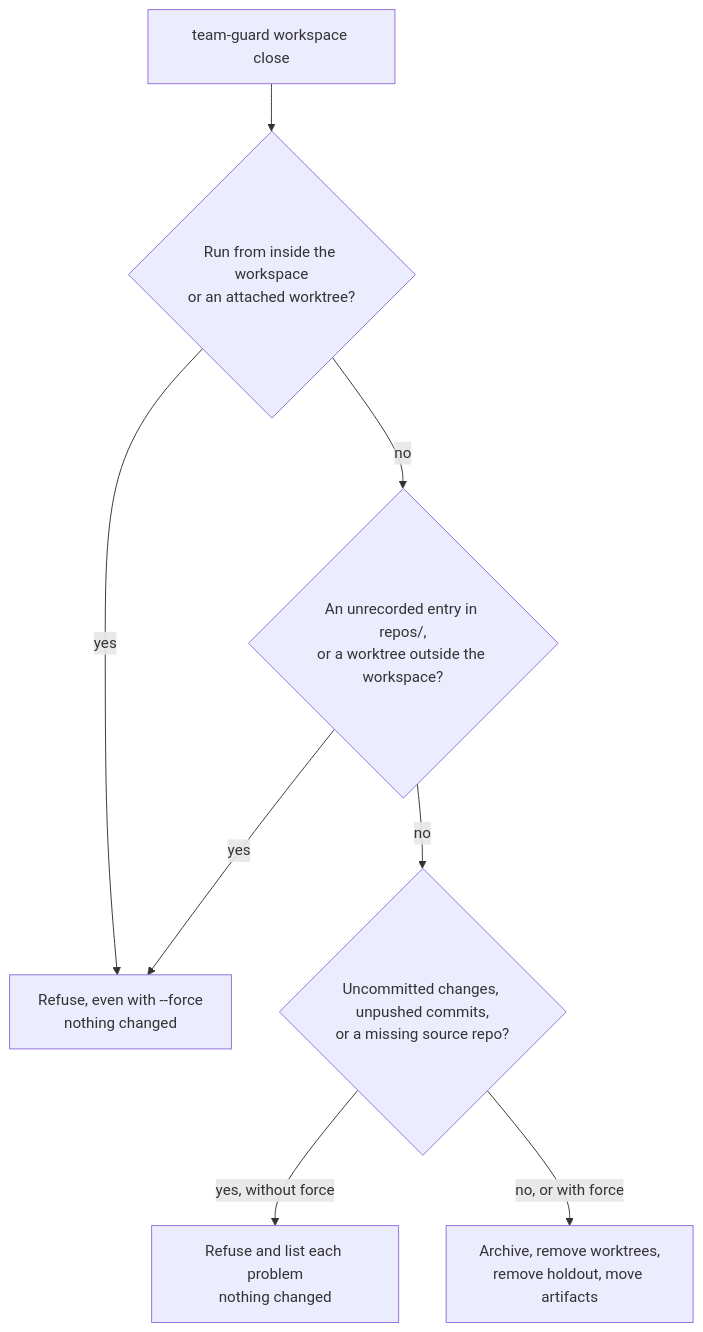
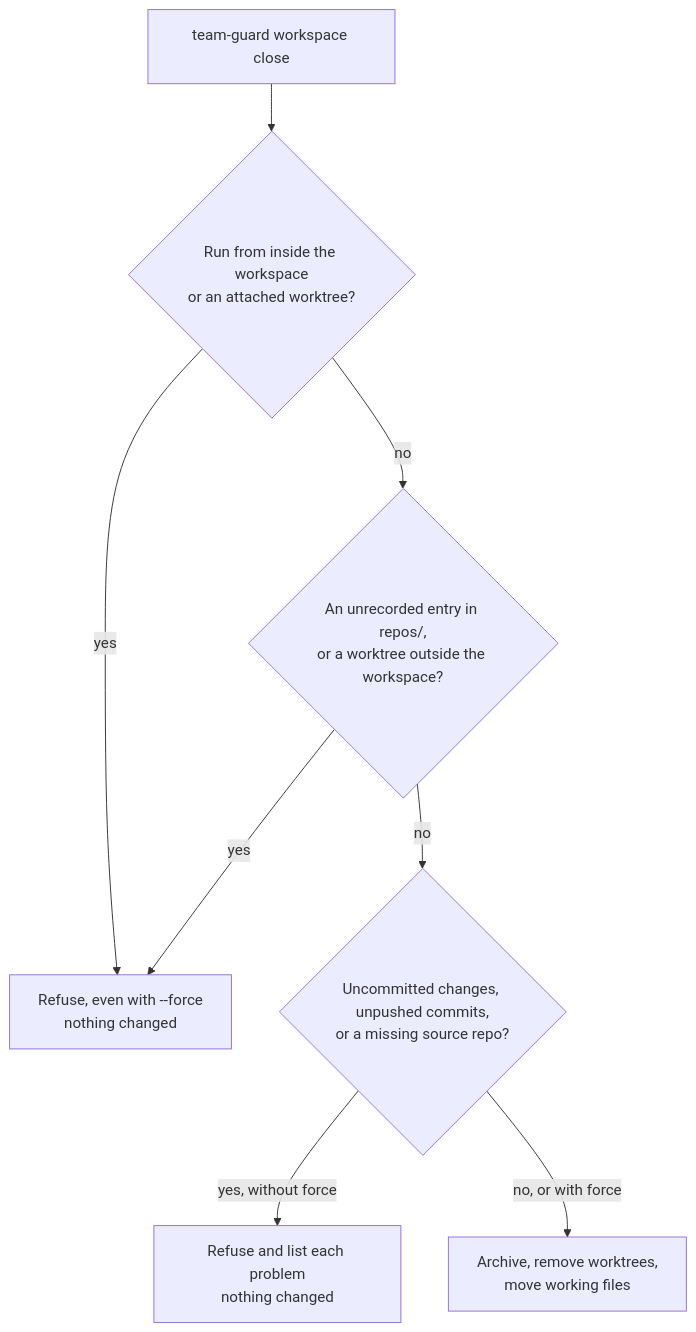
Before and after one commit to inf0rmer/agentic-workflow: the diagram in docs/workspaces.md, drawn with Mermaid. The commit also changed other lines of this file and 168 other files, not shown here.

````diff
--- a/docs/workspaces.md
+++ b/docs/workspaces.md
@@ -148,10 +114,10 @@
 ```mermaid
 flowchart TD
     S["team-guard workspace close"] --> A{"Run from inside the workspace<br/>or an attached worktree?"}
     A -->|"yes"| R1["Refuse, even with --force<br/>nothing changed"]
     A -->|"no"| B{"An unrecorded entry in repos/,<br/>or a worktree outside the workspace?"}
     B -->|"yes"| R1
     B -->|"no"| C{"Uncommitted changes, unpushed commits,<br/>or a missing source repo?"}
     C -->|"yes, without force"| R2["Refuse and list each problem<br/>nothing changed"]
-    C -->|"no, or with force"| D["Archive, remove worktrees,<br/>remove holdout, move artifacts"]
+    C -->|"no, or with force"| D["Archive, remove worktrees,<br/>move working files"]
 ```
````
